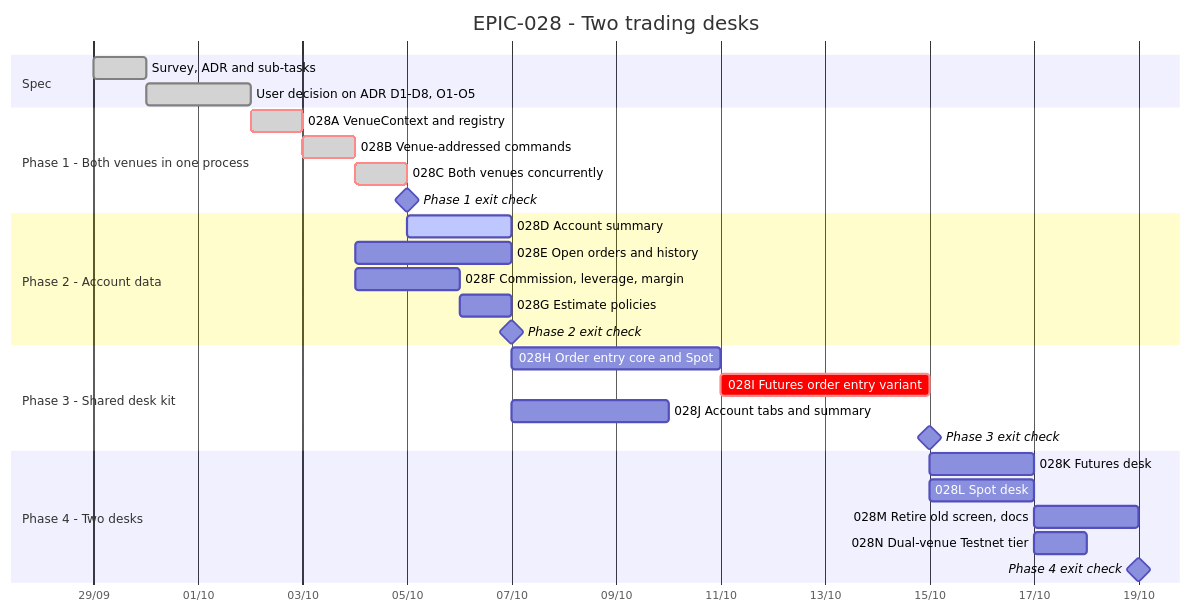
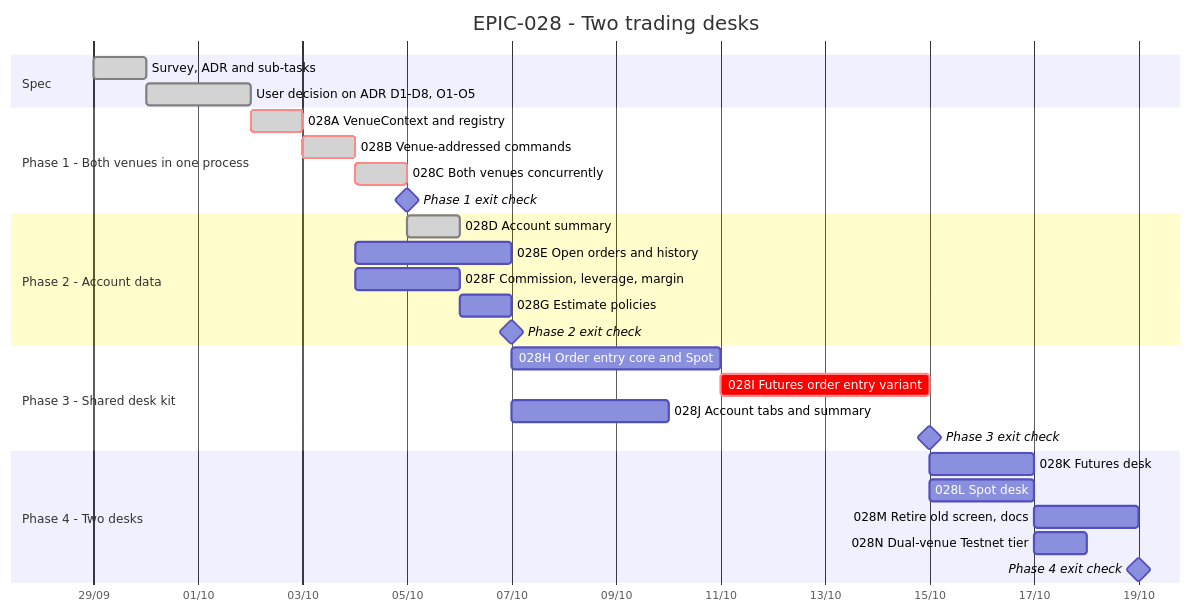
The diagram in Tasks/epics/EPIC-028_futures_and_spot_trading_desks/TRACKING.md (anhembedded/Sagittarius_Elite_Warrior), drawn with Mermaid before and after one commit. The commit also changed other lines of this file and 4 other files, not shown here.

````diff
--- a/Tasks/epics/EPIC-028_futures_and_spot_trading_desks/TRACKING.md
+++ b/Tasks/epics/EPIC-028_futures_and_spot_trading_desks/TRACKING.md
@@ -15,37 +15,37 @@
 ```mermaid
 gantt
     title EPIC-028 - Two trading desks
     dateFormat  YYYY-MM-DD
     axisFormat  %d/%m
     todayMarker stroke-width:2px,stroke:#d33,opacity:0.6
 
     section Spec
     Survey, ADR and sub-tasks              :done,    s1, 2026-09-29, 1d
     User decision on ADR D1-D8, O1-O5      :done,    s2, after s1, 2d
 
     section Phase 1 - Both venues in one process
     028A VenueContext and registry         :crit, done, a, after s2, 1d
     028B Venue-addressed commands          :crit, done, b, after a, 1d
     028C Both venues concurrently          :crit, done, c, after b, 1d
     Phase 1 exit check                     :milestone, m1, after c, 0d
 
     section Phase 2 - Account data
-    028D Account summary                   :active,  d, after c, 2d
+    028D Account summary                   :done,    d, after c, 1d
     028E Open orders and history           :         e, after b, 3d
     028F Commission, leverage, margin      :         f, after b, 2d
     028G Estimate policies                 :         g, after f, 1d
     Phase 2 exit check                     :milestone, m2, after e, 0d
 
     section Phase 3 - Shared desk kit
     028H Order entry core and Spot         :         h, after g, 4d
     028I Futures order entry variant       :crit,    i, after h, 4d
     028J Account tabs and summary          :         j, after e, 3d
     Phase 3 exit check                     :milestone, m3, after i, 0d
 
     section Phase 4 - Two desks
     028K Futures desk                      :         k, after m3, 2d
     028L Spot desk                         :         l, after m3, 2d
     028M Retire old screen, docs           :         mm, after k, 2d
     028N Dual-venue Testnet tier           :         n, after l, 1d
     Phase 4 exit check                     :milestone, m4, after mm, 0d
 ```
````
